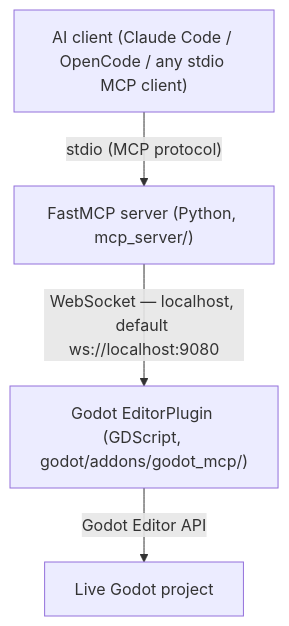
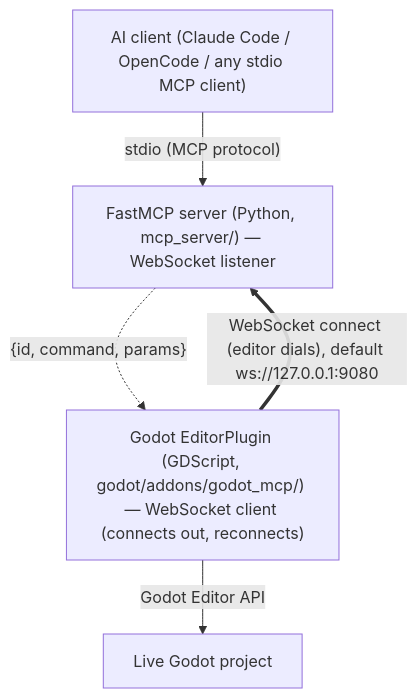
Before and after one commit to MuhamadBarzani/godot-mcp: the diagram in CLAUDE.md, drawn with Mermaid. The commit also changed other lines of this file and 5 other files, not shown here.

First line of the commit message:
docs: reflect the bridge inversion + add an architecture diagram (#276) (#286)

````diff
--- a/CLAUDE.md
+++ b/CLAUDE.md
@@ -37,10 +37,11 @@
 ```mermaid
 flowchart TD
     AI["AI client (Claude Code / OpenCode / any stdio MCP client)"]
-    SRV["FastMCP server (Python, mcp_server/)"]
-    ADDON["Godot EditorPlugin (GDScript, godot/addons/godot_mcp/)"]
+    SRV["FastMCP server (Python, mcp_server/) — WebSocket listener"]
+    ADDON["Godot EditorPlugin (GDScript, godot/addons/godot_mcp/) — WebSocket client (connects out, reconnects)"]
     PROJ["Live Godot project"]
     AI -->|"stdio (MCP protocol)"| SRV
-    SRV -->|"WebSocket — localhost, default ws://localhost:9080"| ADDON
+    ADDON ==>|"WebSocket connect (editor dials), default ws://127.0.0.1:9080"| SRV
+    SRV -.->|"{id, command, params}"| ADDON
     ADDON -->|"Godot Editor API"| PROJ
 ```
````
